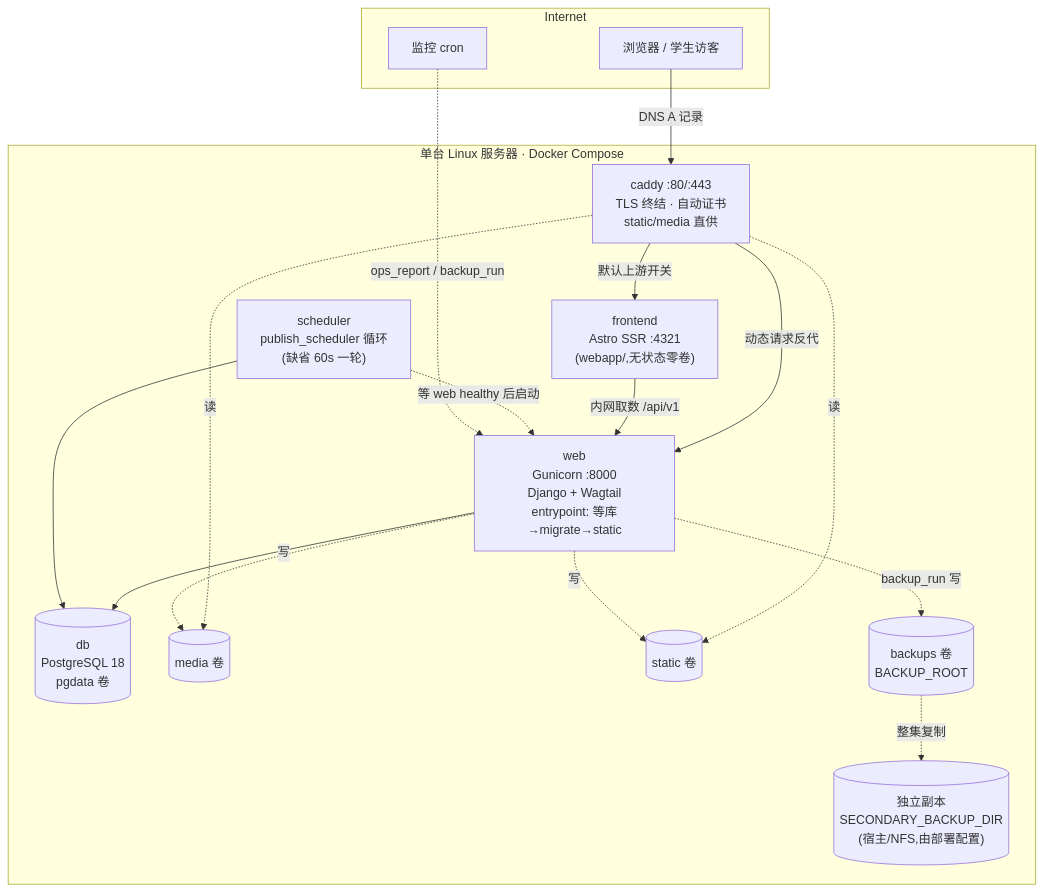
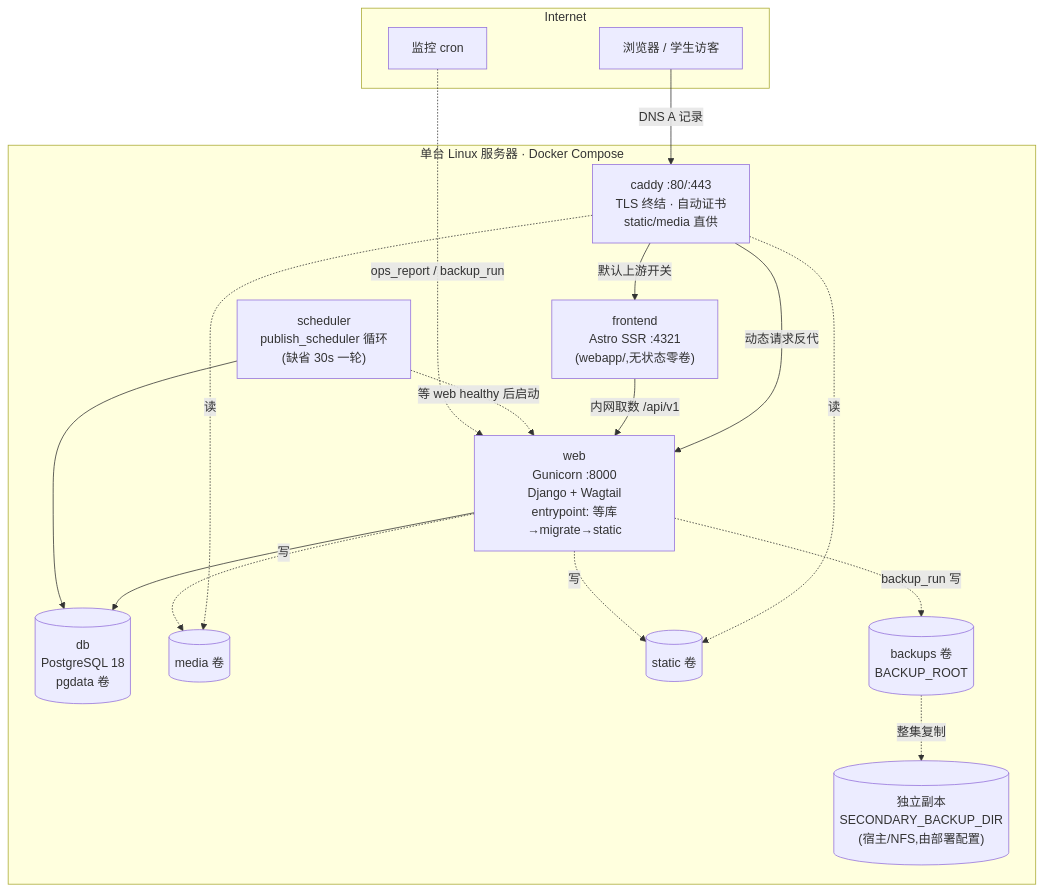
The diagram in docs/guides/TECHNICAL_ARCHITECTURE_GUIDE.md (luehunnie/peiligo), drawn with Mermaid before and after one commit. The commit also changed 7 other files, not shown here.

````diff
--- a/docs/guides/TECHNICAL_ARCHITECTURE_GUIDE.md
+++ b/docs/guides/TECHNICAL_ARCHITECTURE_GUIDE.md
@@ -36,32 +36,32 @@
 ```mermaid
 flowchart TB
     subgraph Internet
         U[浏览器 / 学生访客]
         M[监控 cron]
     end
     U -->|DNS A 记录| CADDY
     subgraph "单台 Linux 服务器 · Docker Compose"
         CADDY["caddy :80/:443<br/>TLS 终结 · 自动证书<br/>static/media 直供"]
         WEB["web<br/>Gunicorn :8000<br/>Django + Wagtail<br/>entrypoint: 等库→migrate→static"]
         FE["frontend<br/>Astro SSR :4321<br/>(webapp/,无状态零卷)"]
-        SCH["scheduler<br/>publish_scheduler 循环<br/>(缺省 60s 一轮)"]
+        SCH["scheduler<br/>publish_scheduler 循环<br/>(缺省 30s 一轮)"]
         DB[("db<br/>PostgreSQL 18<br/>pgdata 卷")]
         VM[("media 卷")]
         VS[("static 卷")]
         VB[("backups 卷<br/>BACKUP_ROOT")]
         V2[("独立副本<br/>SECONDARY_BACKUP_DIR<br/>(宿主/NFS,由部署配置)")]
     end
     CADDY -->|动态请求反代| WEB
     CADDY -->|默认上游开关| FE
     FE -->|内网取数 /api/v1| WEB
     CADDY -.->|读| VS
     CADDY -.->|读| VM
     WEB --> DB
     SCH --> DB
     SCH -.->|等 web healthy 后启动| WEB
     WEB -.->|写| VM
     WEB -.->|写| VS
     WEB -.->|backup_run 写| VB
     VB -.->|整集复制| V2
     M -.->|ops_report / backup_run| WEB
 ```
````
